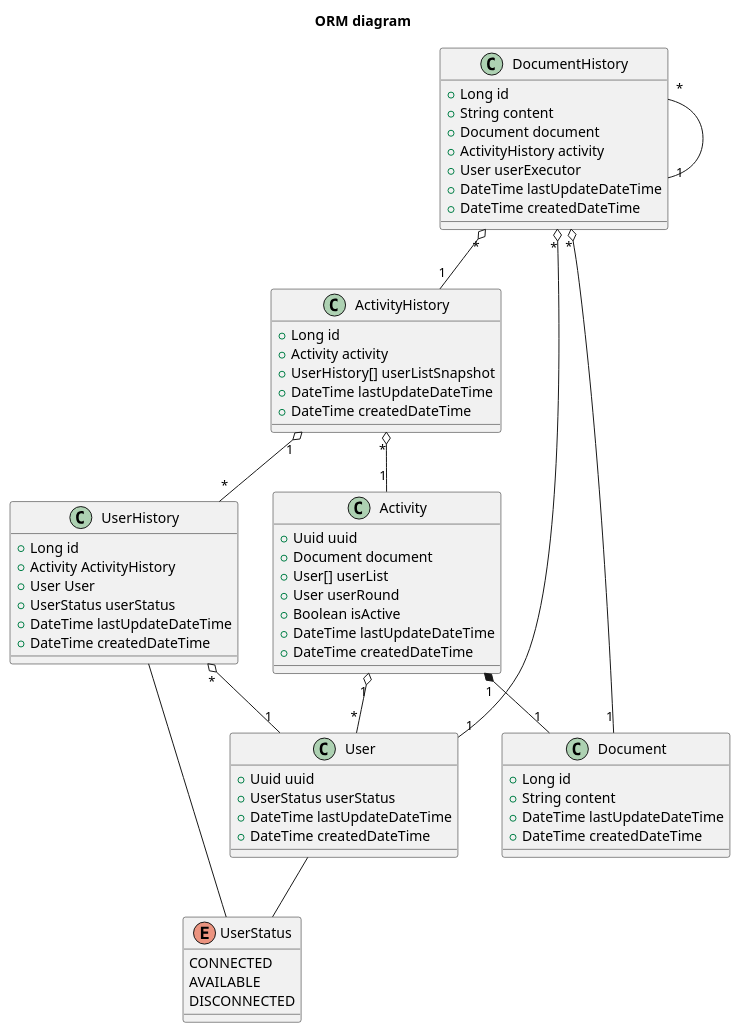
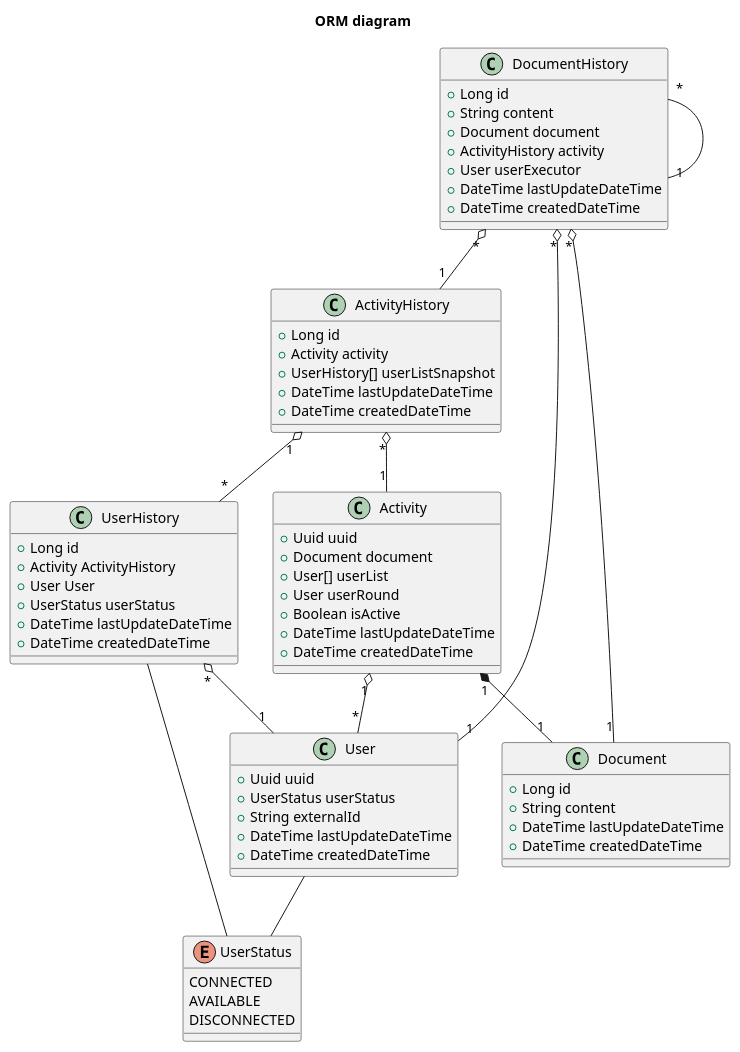
Before and after one commit to orion-services/Activity: the diagram in docs/diagrams/class/ORM.wsd, drawn with PlantUML. The commit also changed 1 other file, not shown here.

Commit message:
#18 Add field to User entity to save external user String

```diff
--- a/docs/diagrams/class/ORM.wsd
+++ b/docs/diagrams/class/ORM.wsd
@@ -1,80 +1,81 @@
 @startuml ORM
   title "ORM diagram"
   ' ------ CLASS DECLARATION ------
   class Activity {
     +Uuid uuid
     +Document document
     +User[] userList
     +User userRound
     +Boolean isActive
     +DateTime lastUpdateDateTime
     +DateTime createdDateTime
   }
 
   class Document {
     +Long id
     +String content
     +DateTime lastUpdateDateTime
     +DateTime createdDateTime
   }
 
   class DocumentHistory {
     +Long id
     +String content
     +Document document
     +ActivityHistory activity
     +User userExecutor
     +DateTime lastUpdateDateTime
     +DateTime createdDateTime
   }
 
   class ActivityHistory {
     +Long id
     +Activity activity
     +UserHistory[] userListSnapshot
     +DateTime lastUpdateDateTime
     +DateTime createdDateTime
   }
 
   class UserHistory {
     +Long id
     +Activity ActivityHistory
     +User User
     +UserStatus userStatus
     +DateTime lastUpdateDateTime
     +DateTime createdDateTime
   }
 
   class User {
     +Uuid uuid
     +UserStatus userStatus
+    +String externalId
     +DateTime lastUpdateDateTime
     +DateTime createdDateTime
   }
 
   enum UserStatus {
     CONNECTED
     AVAILABLE
     DISCONNECTED
   }
   ' ------ END CLASS DECLARATION ------
   ' -----------------------------------
   ' ------ RELATION DECLARATIONS ------
   User -- UserStatus
 
   Activity "1" o-- "*"User
   Activity "1" *-- "1" Document
 
   ActivityHistory "*" o-- "1" Activity
   ActivityHistory "1" o-- "*" UserHistory
 
   DocumentHistory "*" o-- "1" Document
   DocumentHistory "*" o-- "1" User
   DocumentHistory "*" o-- "1" ActivityHistory
   DocumentHistory "*" O-- "1" DocumentHistory
 
   UserHistory "*" o-- "1" User
   UserHistory -- UserStatus
 
   ' ------ END RELATION DECLARATIONS ------
 @enduml
```
